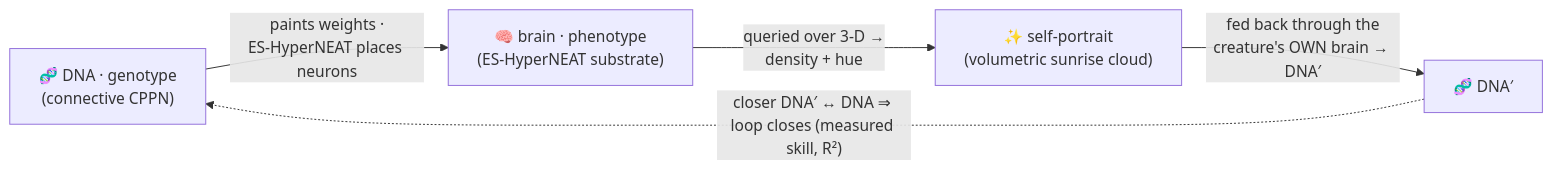
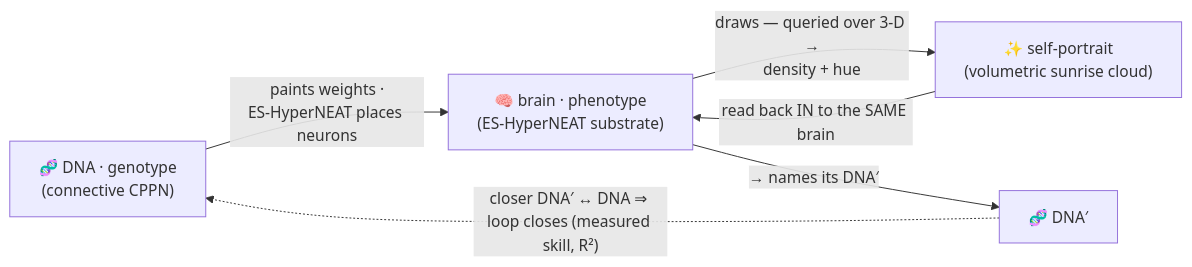
The diagram in README.md (admiralakber/autograph), drawn with Mermaid before and after one commit. The commit also changed 3 other files, not shown here.

First line of the commit message:
docs: correct the loop diagrams to portrait → back-into-brain → DNA′

````diff
--- a/README.md
+++ b/README.md
@@ -36,7 +36,8 @@
 ```mermaid
 flowchart LR
   DNA["🧬 DNA · genotype<br/>(connective CPPN)"] -->|"paints weights ·<br/>ES-HyperNEAT places neurons"| PHENO["🧠 brain · phenotype<br/>(ES-HyperNEAT substrate)"]
-  PHENO -->|"queried over 3-D →<br/>density + hue"| ART["✨ self-portrait<br/>(volumetric sunrise cloud)"]
-  ART -->|"fed back through the<br/>creature's OWN brain → DNA′"| DNA2["🧬 DNA′"]
+  PHENO -->|"draws — queried over 3-D →<br/>density + hue"| ART["✨ self-portrait<br/>(volumetric sunrise cloud)"]
+  ART -->|"read back IN to the SAME brain"| PHENO
+  PHENO -->|"→ names its DNA′"| DNA2["🧬 DNA′"]
   DNA2 -. "closer DNA′ ↔ DNA ⇒ loop closes (measured skill, R²)" .-> DNA
 ```
````
